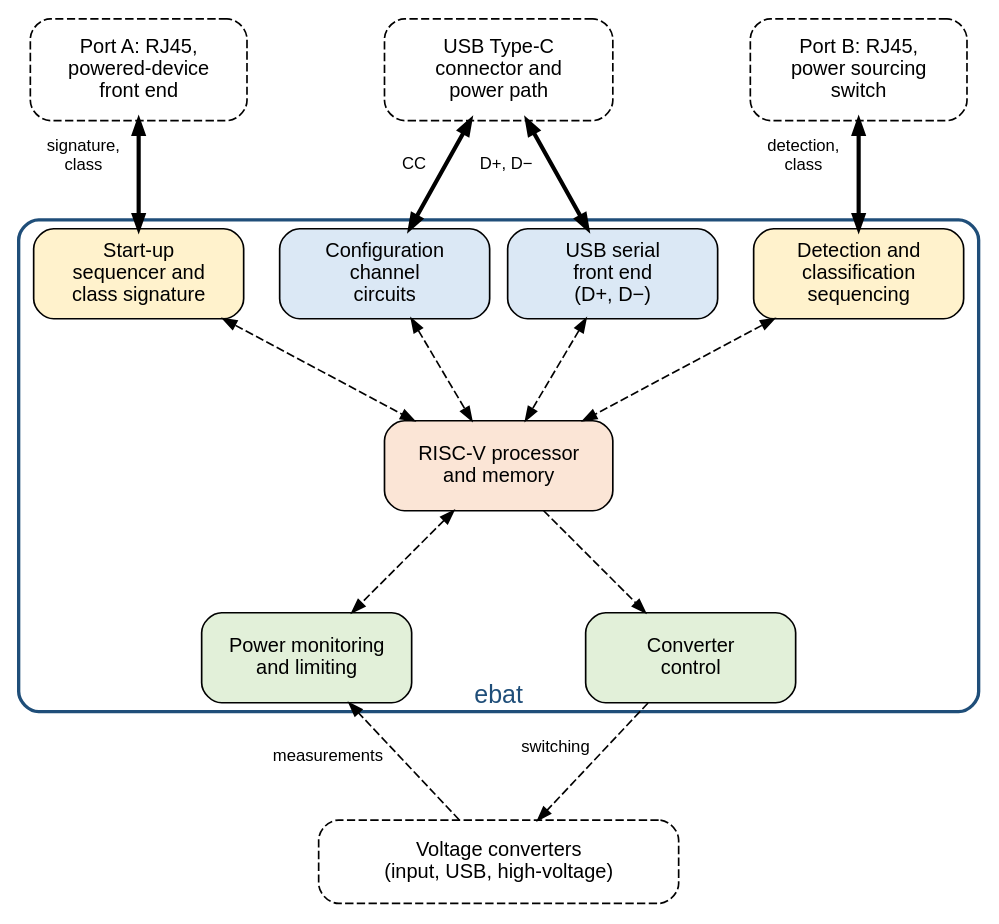
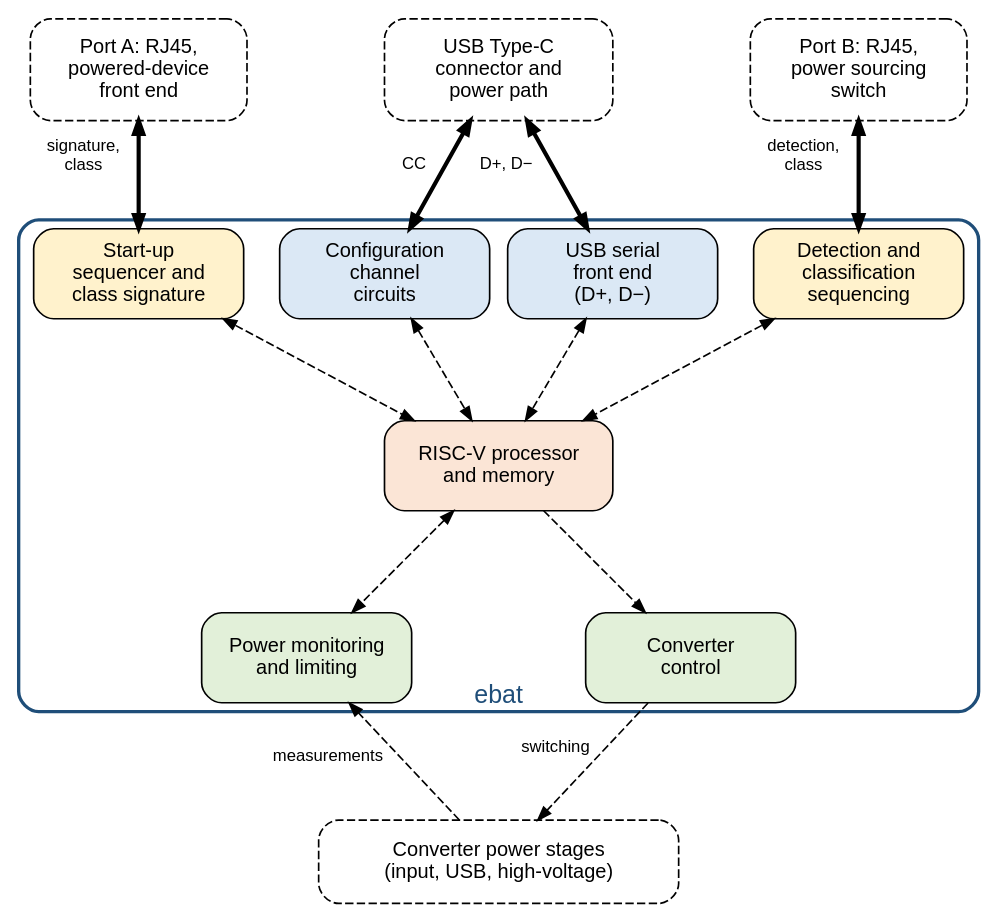
The diagram in docs/ebat/block-diagram.dot (mithro/evampire), drawn with Graphviz before and after one commit. The commit also changed 4 other files, not shown here.

```diff
--- a/docs/ebat/block-diagram.dot
+++ b/docs/ebat/block-diagram.dot
@@ -1,82 +1,83 @@
 // ebat block diagram.
 // Bold arrows: power negotiation signals between the chip and the board
 // (detection, classification, configuration channel, USB data). Dashed
 // arrows: control and measurements.
 // Fill colours: white with a dashed outline, parts outside the chip; yellow,
 // Power over Ethernet circuits; blue, USB Type-C circuits; green, power
 // monitoring and converter control; orange, the processor.
 //
 // The blocks are placed on a fixed grid (positions in inches) so that the
 // diagram reads top to bottom and fits the width of a documentation page:
 //
 //   row 1 (y=7.6)  connectors and front ends outside the chip
 //   row 2 (y=5.9)  per-port circuits inside the chip
 //   row 3 (y=4.3)  processor
 //   row 4 (y=2.7)  monitoring and converter control
-//   row 5 (y=1.0)  voltage converters outside the chip
+//   row 5 (y=1.0)  converter power stages, outside the chip as in
+//                  evampire's first version
 //
 // SPDX-License-Identifier: Apache-2.0
 
 digraph ebat {
     graph [layout=neato, splines=false, overlap=true, outputorder=nodesfirst,
            fontname="Helvetica"];
     node  [shape=box, style="rounded,filled", fillcolor="#f2f2f2",
            fontname="Helvetica", fontsize=12, width=1.75, height=0.75,
            fixedsize=true];
     edge  [fontname="Helvetica", fontsize=10, arrowsize=0.8];
 
     // Outline of the chip, drawn first so it sits behind the blocks.
     chip [label="ebat", labelloc=b, fontsize=15, fontcolor="#1f4e79",
           pos="4.0,4.3!", width=8.0, height=4.1, style="rounded,bold",
           color="#1f4e79", fillcolor="none"];
 
     // Off-chip connectors and front ends.
     port_a [pos="1.0,7.6!", width=1.8, height=0.85,
             label="Port A: RJ45,\npowered-device\nfront end",
             style="rounded,filled,dashed", fillcolor="#ffffff"];
     usbc   [pos="4.0,7.6!", width=1.9, height=0.85,
             label="USB Type-C\nconnector and\npower path",
             style="rounded,filled,dashed", fillcolor="#ffffff"];
     port_b [pos="7.0,7.6!", width=1.8, height=0.85,
             label="Port B: RJ45,\npower sourcing\nswitch",
             style="rounded,filled,dashed", fillcolor="#ffffff"];
     conv   [pos="4.0,1.0!", width=3.0, height=0.7,
-            label="Voltage converters\n(input, USB, high-voltage)",
+            label="Converter power stages\n(input, USB, high-voltage)",
             style="rounded,filled,dashed", fillcolor="#ffffff"];
 
     // Per-port circuits.
     seq  [pos="1.0,5.9!", label="Start-up\nsequencer and\nclass signature",
           fillcolor="#fff2cc"];
     cc   [pos="3.05,5.9!", label="Configuration\nchannel\ncircuits",
           fillcolor="#dbe8f5"];
     usbd [pos="4.95,5.9!", label="USB serial\nfront end\n(D+, D−)",
           fillcolor="#dbe8f5"];
     pse  [pos="7.0,5.9!", label="Detection and\nclassification\nsequencing",
           fillcolor="#fff2cc"];
 
     // Processor.
     cpu [pos="4.0,4.3!", label="RISC-V processor\nand memory",
          fillcolor="#fbe5d6", width=1.9];
 
     // Monitoring and converter control.
     mon  [pos="2.4,2.7!", label="Power monitoring\nand limiting",
           fillcolor="#e2f0d9"];
     ctrl [pos="5.6,2.7!", label="Converter\ncontrol",
           fillcolor="#e2f0d9"];
 
     // Signals between the chip and the board.
     port_a -> seq  [dir=both, penwidth=2.5, label="signature,   \nclass   "];
     usbc   -> cc   [dir=both, penwidth=2.5, label="CC   "];
     usbc   -> usbd [dir=both, penwidth=2.5, label="D+, D−    "];
     port_b -> pse  [dir=both, penwidth=2.5, label="detection,   \nclass   "];
 
     // Control.
     seq  -> cpu  [style=dashed, dir=both];
     cc   -> cpu  [style=dashed, dir=both];
     usbd -> cpu  [style=dashed, dir=both];
     pse  -> cpu  [style=dashed, dir=both];
     cpu  -> mon  [style=dashed, dir=both];
     cpu  -> ctrl [style=dashed];
     conv -> mon  [style=dashed, label="measurements    "];
     ctrl -> conv [style=dashed, label="    switching"];
 }
```
